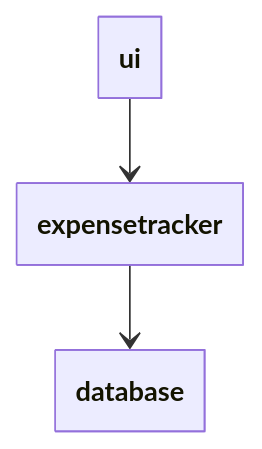
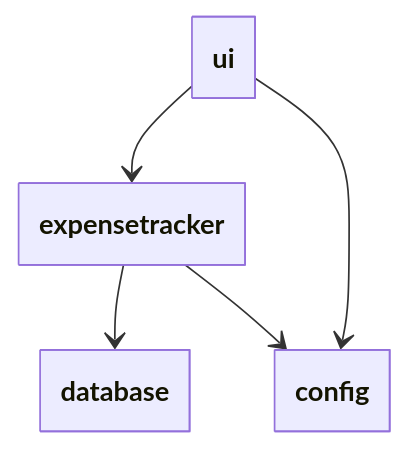
The second of 5 diagrams in dokumentaatio/arkkitehtuuri.md (maholmlund/ot-harjoitustyo), drawn with Mermaid before and after one commit. The commit also changed other lines of this file, not shown here.

````diff
--- a/dokumentaatio/arkkitehtuuri.md
+++ b/dokumentaatio/arkkitehtuuri.md
@@ -25,10 +25,12 @@
 ```mermaid
 ---
   config:
     class:
       hideEmptyMembersBox: true
 ---
 classDiagram
      ui --> expensetracker
      expensetracker --> database
+     expensetracker --> config
+     ui --> config
 ```
````
